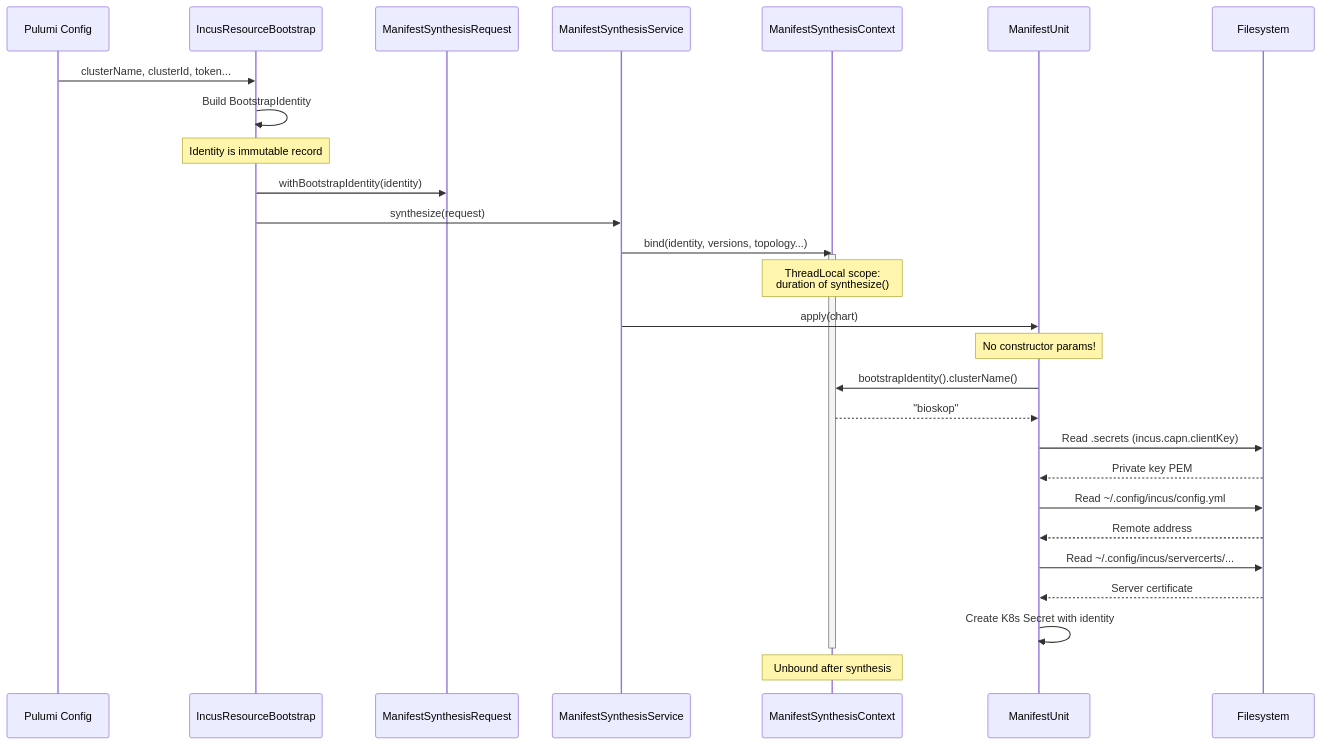
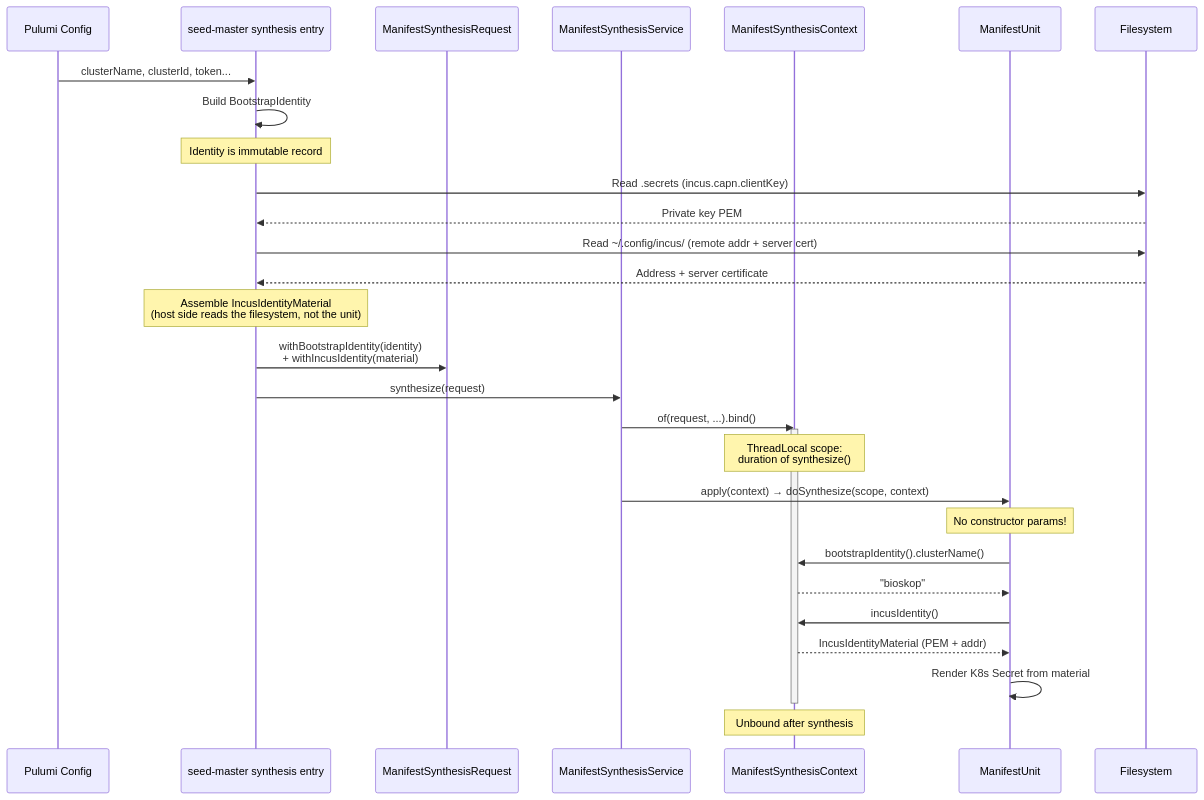
One commit to nxmatic/rke2lab changed the second of 4 diagrams in docs/architecture/bootstrap/bootstrap-identity-provider.adoc. Above: the diagram before and after it, drawn with Mermaid. The commit also changed other lines of this file and 3 other files, not shown here.

First line of the commit message:
docs: figures-not-code sweep — re-figure cilium-bgp, trim 3 code-heavy docs

```diff
--- a/docs/architecture/bootstrap/bootstrap-identity-provider.adoc
+++ b/docs/architecture/bootstrap/bootstrap-identity-provider.adoc
@@ -73,46 +73,47 @@
 [mermaid]
 ----
 sequenceDiagram
     participant Config as Pulumi Config
-    participant Bootstrap as IncusResourceBootstrap
+    participant Bootstrap as seed-master synthesis entry
     participant Request as ManifestSynthesisRequest
     participant Service as ManifestSynthesisService
     participant Context as ManifestSynthesisContext
     participant Unit as ManifestUnit
     participant FS as Filesystem
 
     Config->>Bootstrap: clusterName, clusterId, token...
     Bootstrap->>Bootstrap: Build BootstrapIdentity
 
     Note over Bootstrap: Identity is immutable record
 
-    Bootstrap->>Request: withBootstrapIdentity(identity)
+    Bootstrap->>FS: Read .secrets (incus.capn.clientKey)
+    FS-->>Bootstrap: Private key PEM
+    Bootstrap->>FS: Read ~/.config/incus/ (remote addr + server cert)
+    FS-->>Bootstrap: Address + server certificate
+
+    Note over Bootstrap: Assemble IncusIdentityMaterial<br/>(host side reads the filesystem, not the unit)
+
+    Bootstrap->>Request: withBootstrapIdentity(identity)<br/>+ withIncusIdentity(material)
     Bootstrap->>Service: synthesize(request)
 
-    Service->>Context: bind(identity, versions, topology...)
+    Service->>Context: of(request, ...).bind()
     activate Context
 
     Note over Context: ThreadLocal scope:<br/>duration of synthesize()
 
-    Service->>Unit: apply(chart)
+    Service->>Unit: apply(context) → doSynthesize(scope, context)
 
     Note over Unit: No constructor params!
 
     Unit->>Context: bootstrapIdentity().clusterName()
     Context-->>Unit: "bioskop"
 
-    Unit->>FS: Read .secrets (incus.capn.clientKey)
-    FS-->>Unit: Private key PEM
+    Unit->>Context: incusIdentity()
+    Context-->>Unit: IncusIdentityMaterial (PEM + addr)
 
-    Unit->>FS: Read ~/.config/incus/config.yml
-    FS-->>Unit: Remote address
-
-    Unit->>FS: Read ~/.config/incus/servercerts/...
-    FS-->>Unit: Server certificate
-
-    Unit->>Unit: Create K8s Secret with identity
+    Unit->>Unit: Render K8s Secret from material
 
     deactivate Context
 
     Note over Context: Unbound after synthesis
 ----
```
